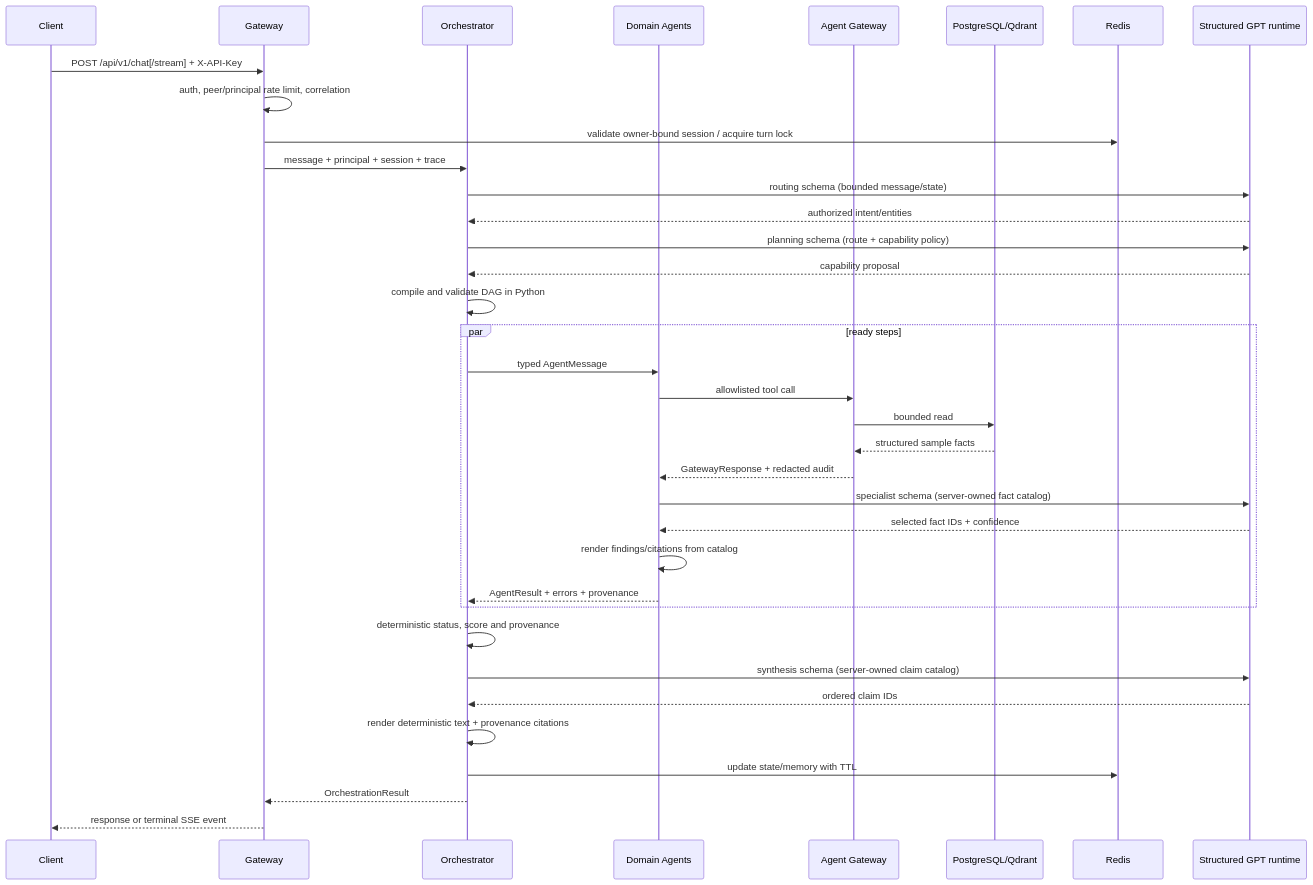
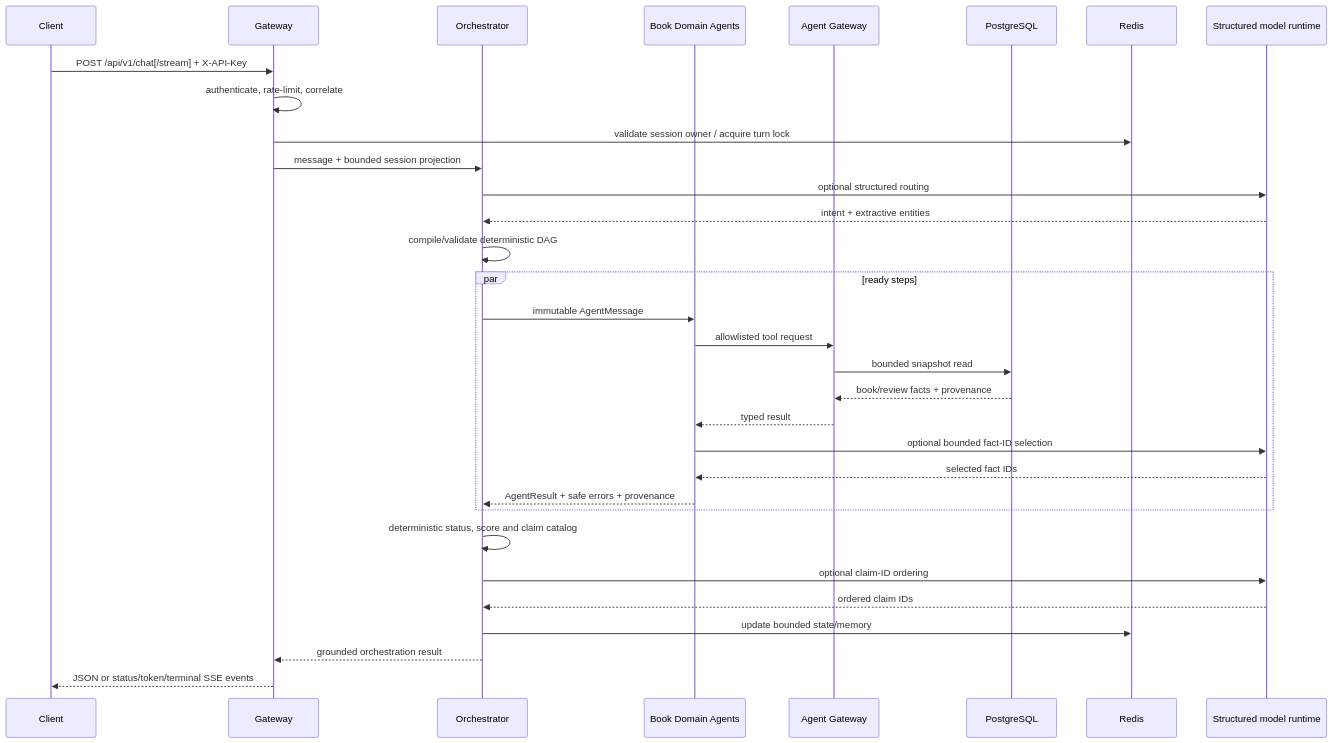
One commit to Thanh281105/multi-agent-system changed the second of 2 diagrams in docs/architecture.md. Above: the diagram before and after it, drawn with Mermaid. The commit also changed other lines of this file and 9 other files, not shown here.

````diff
--- a/docs/architecture.md
+++ b/docs/architecture.md
@@ -103,39 +97,35 @@
 ```mermaid
 sequenceDiagram
     participant C as Client
     participant G as Gateway
     participant O as Orchestrator
-    participant D as Domain Agents
+    participant D as Book Domain Agents
     participant A as Agent Gateway
-    participant S as PostgreSQL/Qdrant
+    participant P as PostgreSQL
     participant R as Redis
-    participant L as Structured GPT runtime
+    participant L as Structured model runtime
 
     C->>G: POST /api/v1/chat[/stream] + X-API-Key
-    G->>G: auth, peer/principal rate limit, correlation
-    G->>R: validate owner-bound session / acquire turn lock
-    G->>O: message + principal + session + trace
-    O->>L: routing schema (bounded message/state)
-    L-->>O: authorized intent/entities
-    O->>L: planning schema (route + capability policy)
-    L-->>O: capability proposal
-    O->>O: compile and validate DAG in Python
+    G->>G: authenticate, rate-limit, correlate
+    G->>R: validate session owner / acquire turn lock
+    G->>O: message + bounded session projection
+    O->>L: optional structured routing
+    L-->>O: intent + extractive entities
+    O->>O: compile/validate deterministic DAG
     par ready steps
-        O->>D: typed AgentMessage
-        D->>A: allowlisted tool call
-        A->>S: bounded read
-        S-->>A: structured sample facts
-        A-->>D: GatewayResponse + redacted audit
-        D->>L: specialist schema (server-owned fact catalog)
-        L-->>D: selected fact IDs + confidence
-        D->>D: render findings/citations from catalog
-        D-->>O: AgentResult + errors + provenance
+        O->>D: immutable AgentMessage
+        D->>A: allowlisted tool request
+        A->>P: bounded snapshot read
+        P-->>A: book/review facts + provenance
+        A-->>D: typed result
+        D->>L: optional bounded fact-ID selection
+        L-->>D: selected fact IDs
+        D-->>O: AgentResult + safe errors + provenance
     end
-    O->>O: deterministic status, score and provenance
-    O->>L: synthesis schema (server-owned claim catalog)
+    O->>O: deterministic status, score and claim catalog
+    O->>L: optional claim-ID ordering
     L-->>O: ordered claim IDs
-    O->>O: render deterministic text + provenance citations
-    O->>R: update state/memory with TTL
-    O-->>G: OrchestrationResult
-    G-->>C: response or terminal SSE event
+    O->>R: update bounded state/memory
+    O-->>G: grounded orchestration result
+    G-->>C: JSON or status/token/terminal SSE events
 ```
````
